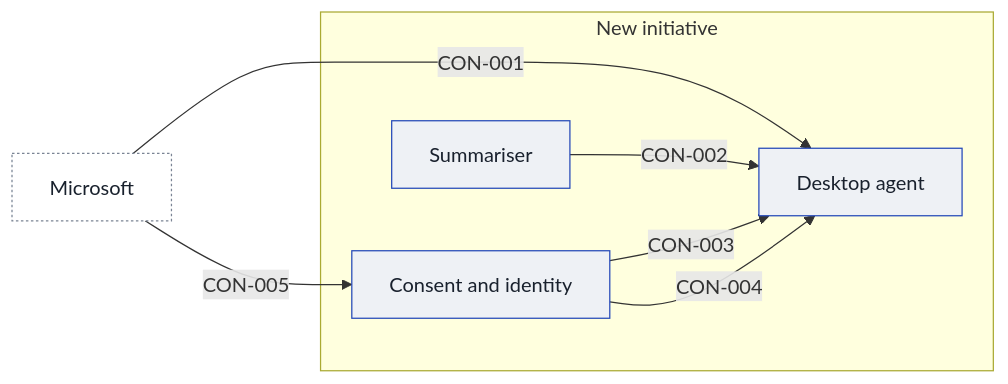
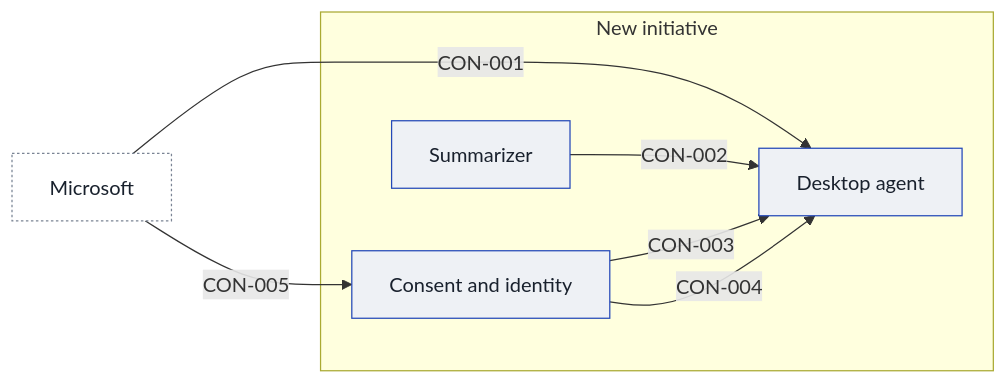
The diagram in tests/sim/snapshots/heron-desk/after-design-2/03-context-and-scope.md (smalls257/vela), drawn with Mermaid before and after one commit. The commit also changed other lines of this file and 855 other files, not shown here.

````diff
--- a/tests/sim/snapshots/heron-desk/after-design-2/03-context-and-scope.md
+++ b/tests/sim/snapshots/heron-desk/after-design-2/03-context-and-scope.md
@@ -27,18 +27,18 @@
 ```mermaid
 flowchart LR
   subgraph scope["New initiative"]
     n_APP_consent_and_identity["Consent and identity"]
     n_APP_desktop_agent["Desktop agent"]
-    n_APP_summariser["Summariser"]
+    n_APP_summarizer["Summarizer"]
   end
   x_microsoft["Microsoft"]
   x_microsoft -->|"CON-001"| n_APP_desktop_agent
-  n_APP_summariser -->|"CON-002"| n_APP_desktop_agent
+  n_APP_summarizer -->|"CON-002"| n_APP_desktop_agent
   n_APP_consent_and_identity -->|"CON-003"| n_APP_desktop_agent
   n_APP_consent_and_identity -->|"CON-004"| n_APP_desktop_agent
   x_microsoft -->|"CON-005"| n_APP_consent_and_identity
   classDef app fill:#eef1f5,stroke:#2448b8,color:#19212d
   classDef external fill:#ffffff,stroke:#7a8494,color:#19212d,stroke-dasharray:2 2
-  class n_APP_consent_and_identity,n_APP_desktop_agent,n_APP_summariser app
+  class n_APP_consent_and_identity,n_APP_desktop_agent,n_APP_summarizer app
   class x_microsoft external
 ```
````
